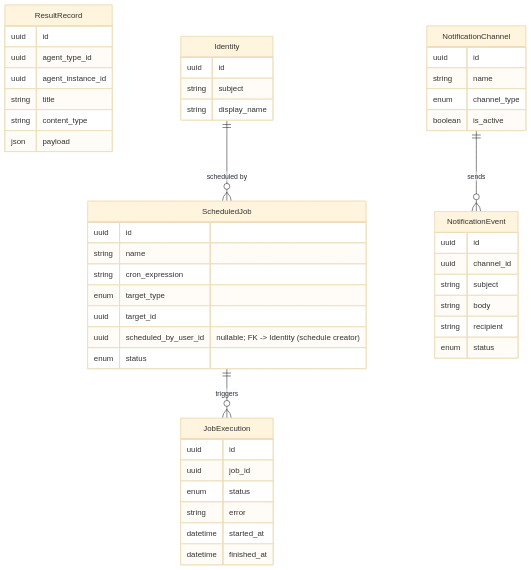
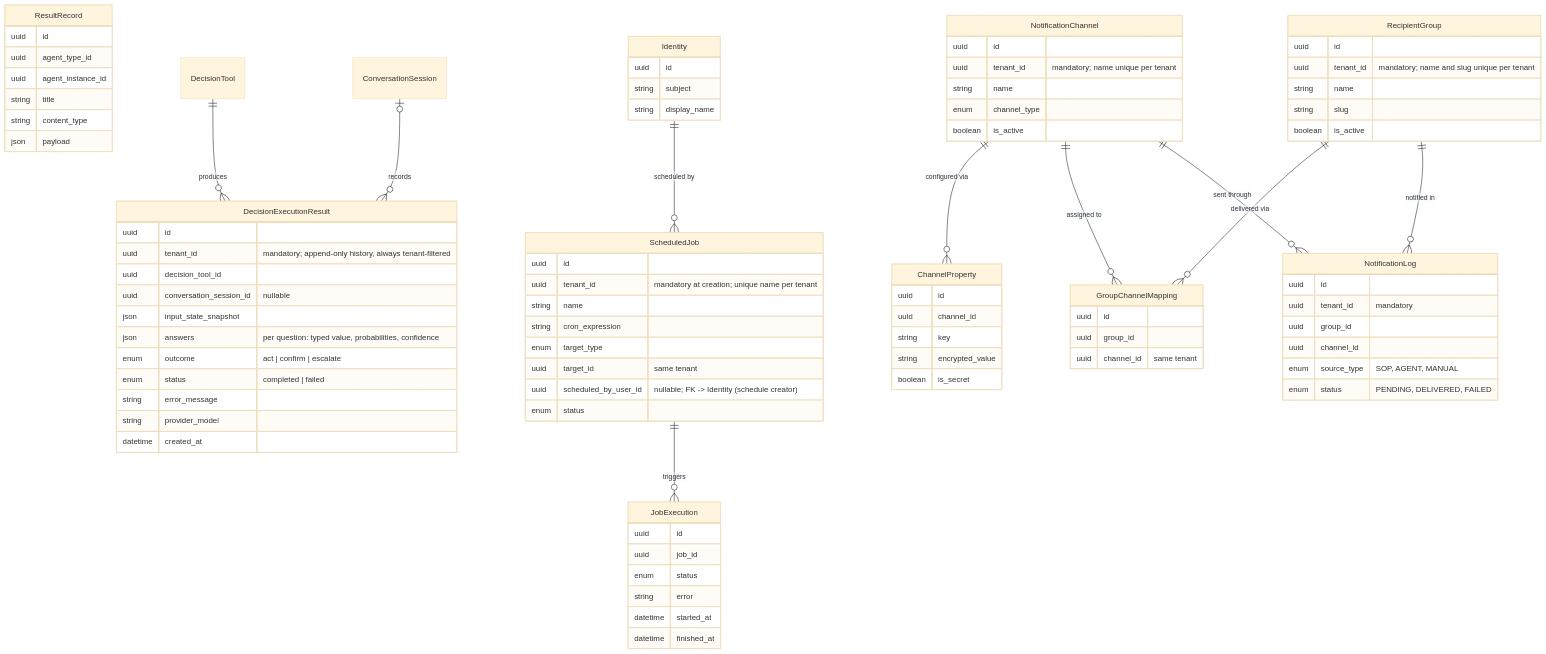
Before and after one commit to hurungang/parthenon: the diagram in docs/master/data-model/modules/operations/entities.md, drawn with Mermaid (base theme). The commit also changed other lines of this file and 231 other files, not shown here.

Commit message:
feat: decision tool and model/vendor support

````diff
--- a/docs/master/data-model/modules/operations/entities.md
+++ b/docs/master/data-model/modules/operations/entities.md
@@ -10,12 +12,26 @@
         string content_type
         json payload
     }
+    DecisionExecutionResult {
+        uuid id
+        uuid tenant_id "mandatory; append-only history, always tenant-filtered"
+        uuid decision_tool_id
+        uuid conversation_session_id "nullable"
+        json input_state_snapshot
+        json answers "per question: typed value, probabilities, confidence"
+        enum outcome "act | confirm | escalate"
+        enum status "completed | failed"
+        string error_message
+        string provider_model
+        datetime created_at
+    }
     ScheduledJob {
         uuid id
+        uuid tenant_id "mandatory at creation; unique name per tenant"
         string name
         string cron_expression
         enum target_type
-        uuid target_id
+        uuid target_id "same tenant"
         uuid scheduled_by_user_id "nullable; FK -> Identity (schedule creator)"
         enum status
     }
@@ -34,20 +50,46 @@
     }
     NotificationChannel {
         uuid id
+        uuid tenant_id "mandatory; name unique per tenant"
         string name
         enum channel_type
         boolean is_active
     }
-    NotificationEvent {
+    ChannelProperty {
         uuid id
         uuid channel_id
-        string subject
-        string body
-        string recipient
-        enum status
+        string key
+        string encrypted_value
+        boolean is_secret
+    }
+    RecipientGroup {
+        uuid id
+        uuid tenant_id "mandatory; name and slug unique per tenant"
+        string name
+        string slug
+        boolean is_active
+    }
+    GroupChannelMapping {
+        uuid id
+        uuid group_id
+        uuid channel_id "same tenant"
+    }
+    NotificationLog {
+        uuid id
+        uuid tenant_id "mandatory"
+        uuid group_id
+        uuid channel_id
+        enum source_type "SOP, AGENT, MANUAL"
+        enum status "PENDING, DELIVERED, FAILED"
     }
 
+    DecisionTool ||--o{ DecisionExecutionResult : "produces"
+    ConversationSession |o--o{ DecisionExecutionResult : "records"
     ScheduledJob ||--o{ JobExecution : "triggers"
     Identity ||--o{ ScheduledJob : "scheduled by"
-    NotificationChannel ||--o{ NotificationEvent : "sends"
+    NotificationChannel ||--o{ ChannelProperty : "configured via"
+    NotificationChannel ||--o{ GroupChannelMapping : "assigned to"
+    RecipientGroup ||--o{ GroupChannelMapping : "delivered via"
+    RecipientGroup ||--o{ NotificationLog : "notified in"
+    NotificationChannel ||--o{ NotificationLog : "sent through"
 ```
````
